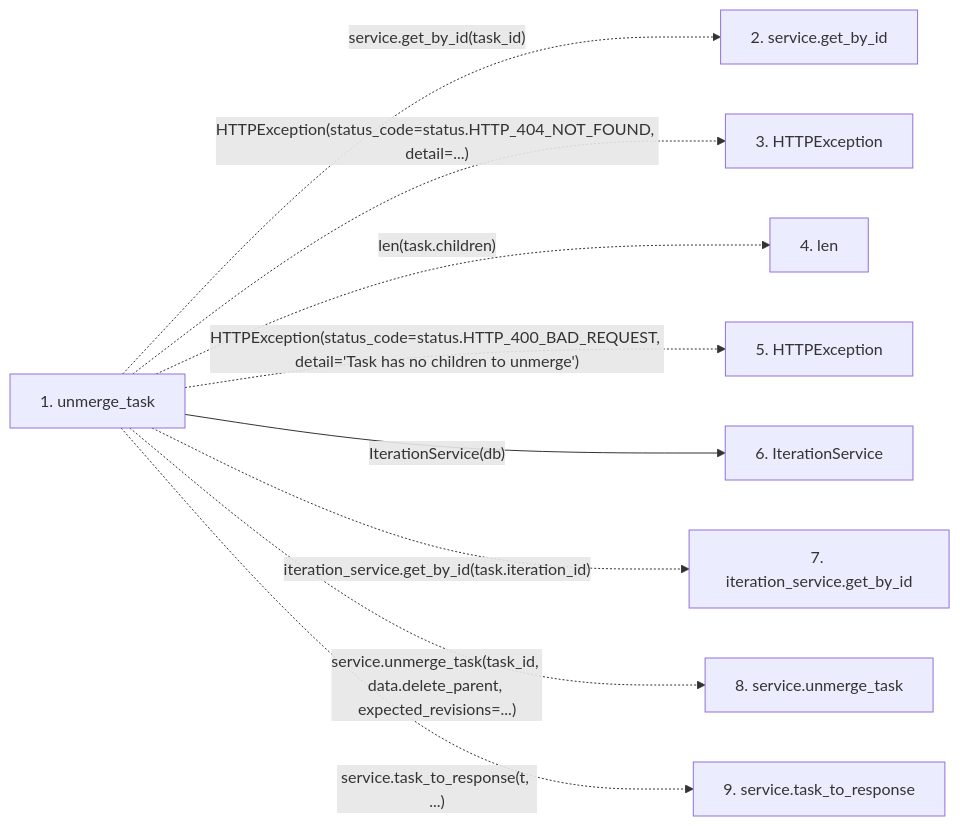
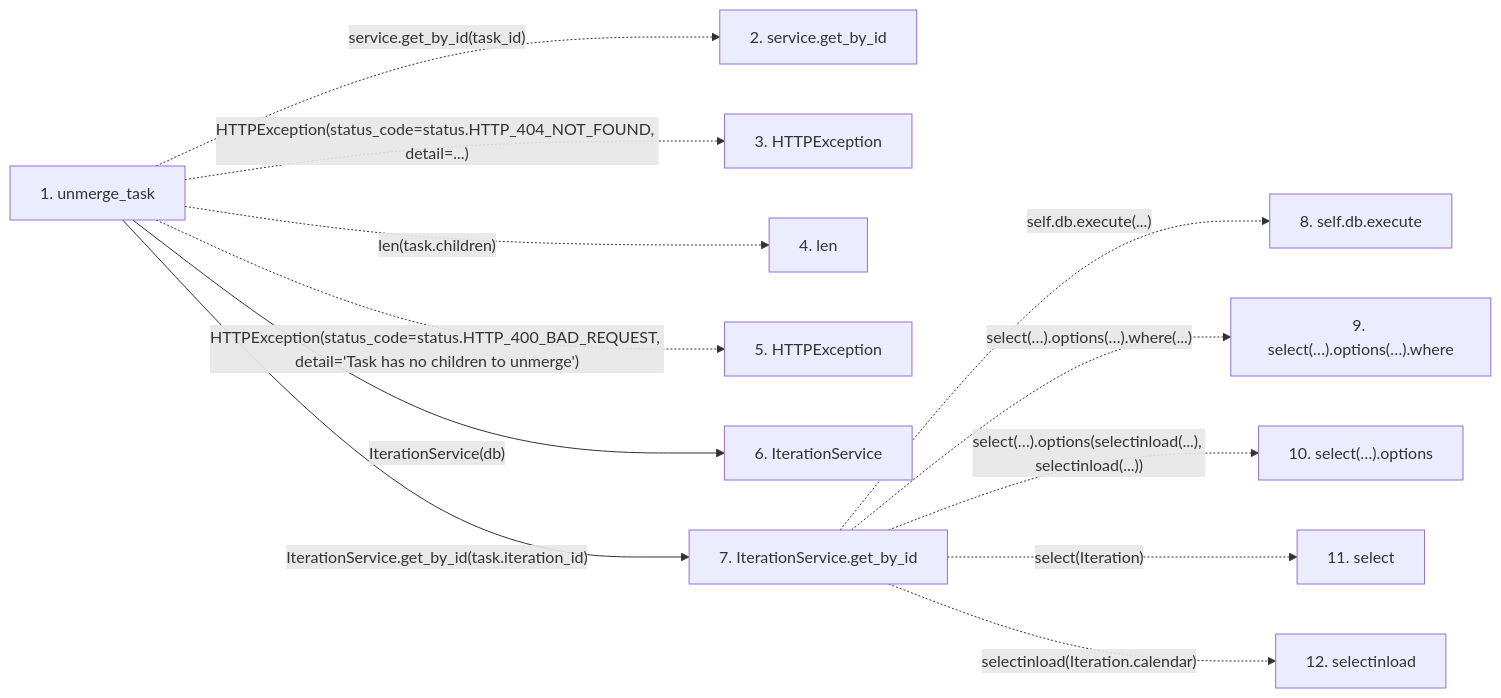
The second of 2 diagrams in docs/llm_wiki/flows/http-unmerge_task.md (Denissvgn/WorkChord), drawn with Mermaid before and after one commit. The commit also changed other lines of this file and 25171 other files, not shown here.

````diff
--- a/docs/llm_wiki/flows/http-unmerge_task.md
+++ b/docs/llm_wiki/flows/http-unmerge_task.md
@@ -33,22 +80,29 @@
 ```mermaid
 flowchart LR
     s1["1. unmerge_task"]
     s2["2. service.get_by_id"]
     s3["3. HTTPException"]
     s4["4. len"]
     s5["5. HTTPException"]
     s6["6. IterationService"]
-    s7["7. iteration_service.get_by_id"]
-    s8["8. service.unmerge_task"]
-    s9["9. service.task_to_response"]
+    s7["7. IterationService.get_by_id"]
+    s8["8. self.db.execute"]
+    s9["9. select(…).options(…).where"]
+    s10["10. select(…).options"]
+    s11["11. select"]
+    s12["12. selectinload"]
     s1 -. "service.get_by_id(task_id)" .-> s2
     s1 -. "HTTPException(status_code=status.HTTP_404_NOT_FOUND, detail=...)" .-> s3
     s1 -. "len(task.children)" .-> s4
     s1 -. "HTTPException(status_code=status.HTTP_400_BAD_REQUEST, detail='Task has no children to unmerge')" .-> s5
     s1 -->|"IterationService(db)"| s6
-    s1 -. "iteration_service.get_by_id(task.iteration_id)" .-> s7
-    s1 -. "service.unmerge_task(task_id, data.delete_parent, expected_revisions=...)" .-> s8
-    s1 -. "service.task_to_response(t, ...)" .-> s9
+    s1 -->|"IterationService.get_by_id(task.iteration_id)"| s7
+    s7 -. "self.db.execute(...)" .-> s8
+    s7 -. "select(…).options(…).where(...)" .-> s9
+    s7 -. "select(…).options(selectinload(...), selectinload(...))" .-> s10
+    s7 -. "select(Iteration)" .-> s11
+    s7 -. "selectinload(Iteration.calendar)" .-> s12
     click s1 "../modules/tasks.md"
     click s6 "../modules/iteration_service.md"
+    click s7 "../modules/iteration_service.md"
 ```
````
